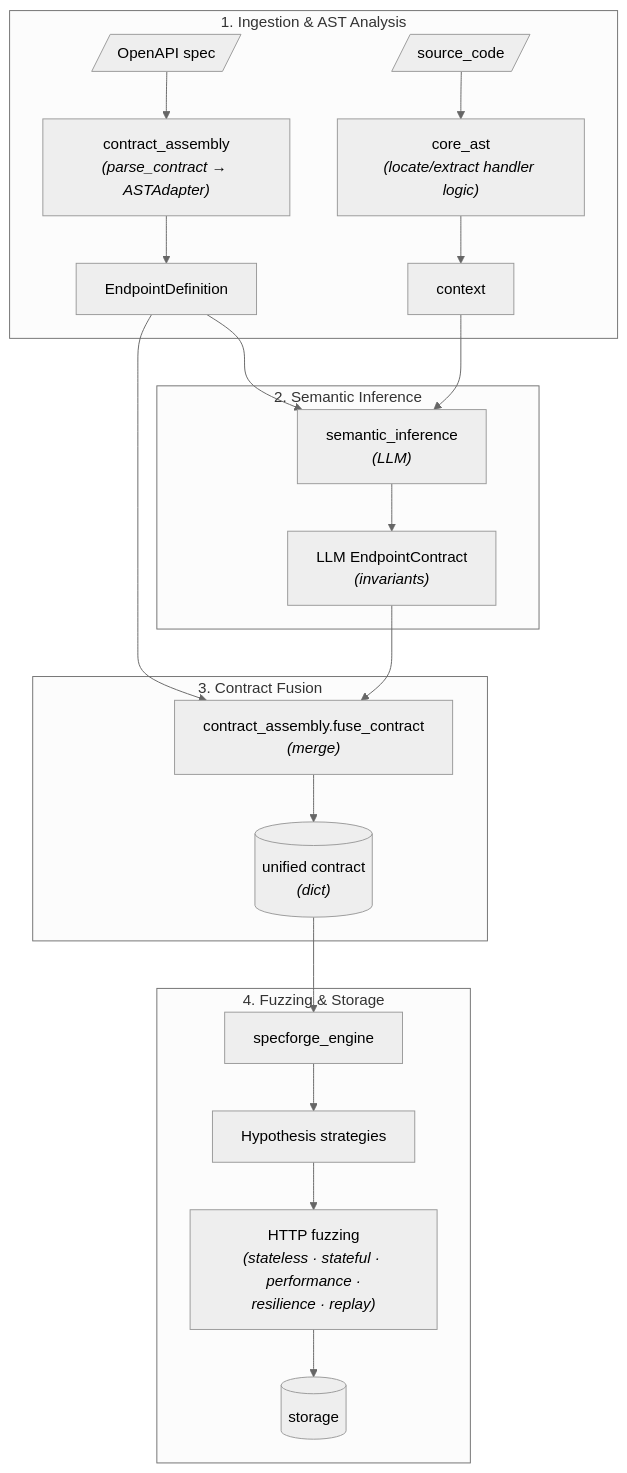
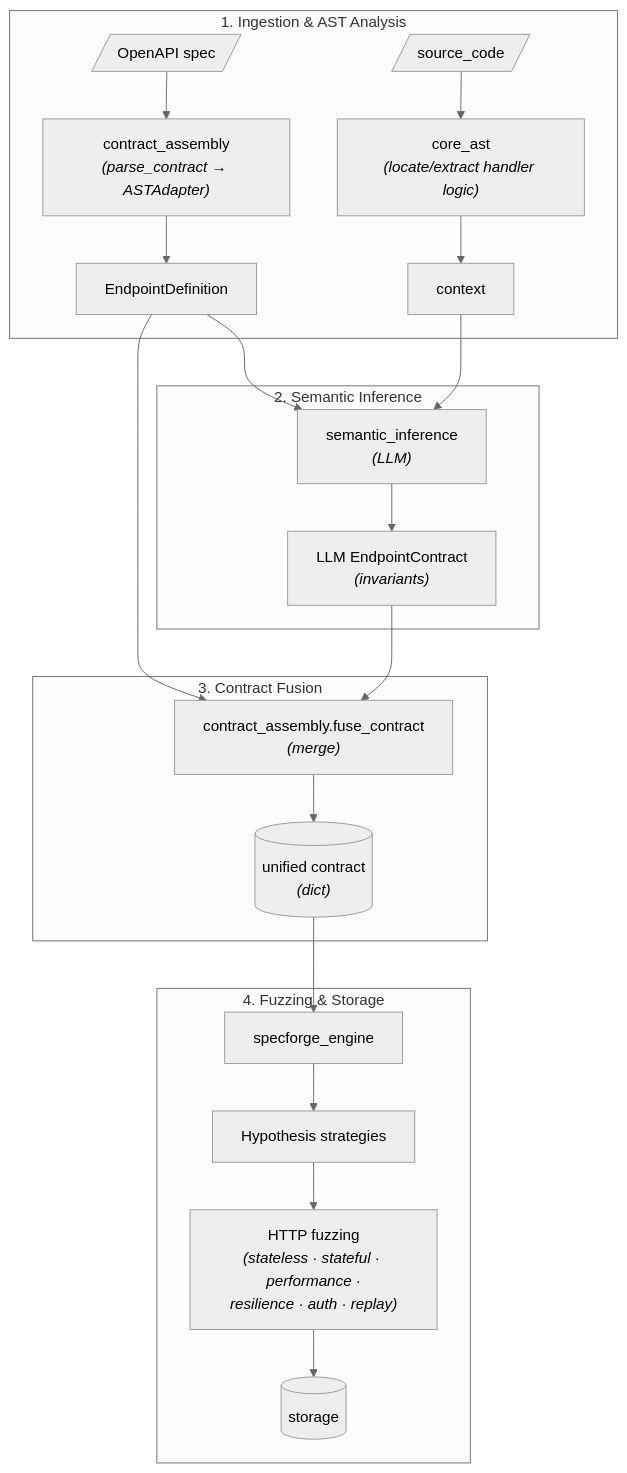
The diagram in docs/architecture/overview.md (Spec-Forge-Testing/specforge-docs), drawn with Mermaid (neutral theme) before and after one commit. The commit also changed 5 other files, not shown here.

Commit message:
docs(user-guide): auth is a fuzz mode, a dead target aborts, and the envelope carries the current schema

````diff
--- a/docs/architecture/overview.md
+++ b/docs/architecture/overview.md
@@ -19,29 +19,29 @@
 ```mermaid
 flowchart TD
     subgraph Ingestion ["1. Ingestion & AST Analysis"]
         O[/OpenAPI spec/] --> CE["contract_assembly<br/><i>(parse_contract → ASTAdapter)</i>"]
         CE --> ED["EndpointDefinition"]
         
         S[/source_code/] --> CA["core_ast<br/><i>(locate/extract handler logic)</i>"]
         CA --> CTX["context"]
     end
 
     subgraph Inference ["2. Semantic Inference"]
         ED --> SI["semantic_inference<br/><i>(LLM)</i>"]
         CTX --> SI
         SI --> EC["LLM EndpointContract<br/><i>(invariants)</i>"]
     end
 
     subgraph Fusion ["3. Contract Fusion"]
         ED --> FC["contract_assembly.fuse_contract<br/><i>(merge)</i>"]
         EC --> FC
         FC --> UC[("unified contract<br/><i>(dict)</i>")]
     end
 
     subgraph Execution ["4. Fuzzing & Storage"]
         UC --> CS["specforge_engine"]
         CS --> HS["Hypothesis strategies"]
-        HS --> HF["HTTP fuzzing<br/><i>(stateless · stateful · performance ·<br/>resilience · replay)</i>"]
+        HS --> HF["HTTP fuzzing<br/><i>(stateless · stateful · performance ·<br/>resilience · auth · replay)</i>"]
         HF --> ST[(storage)]
     end
 ```
````
